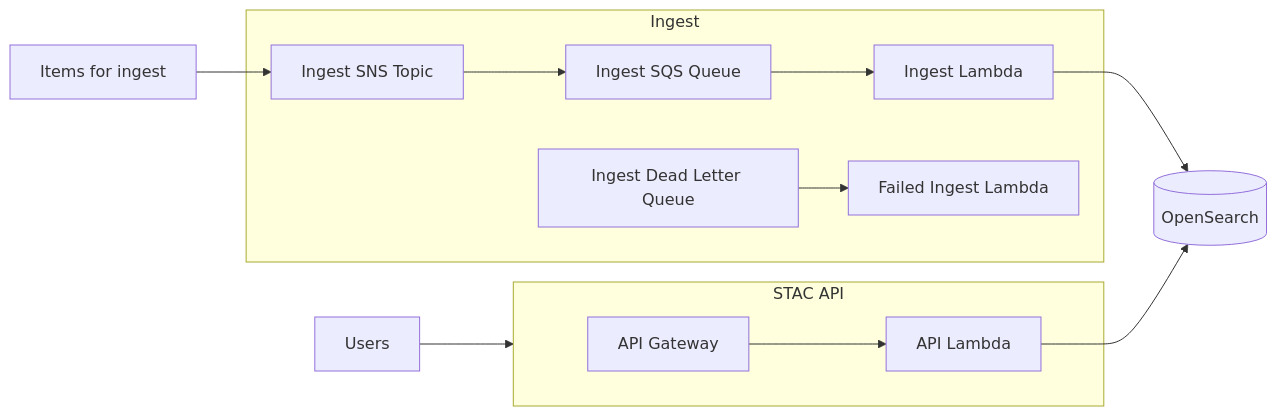
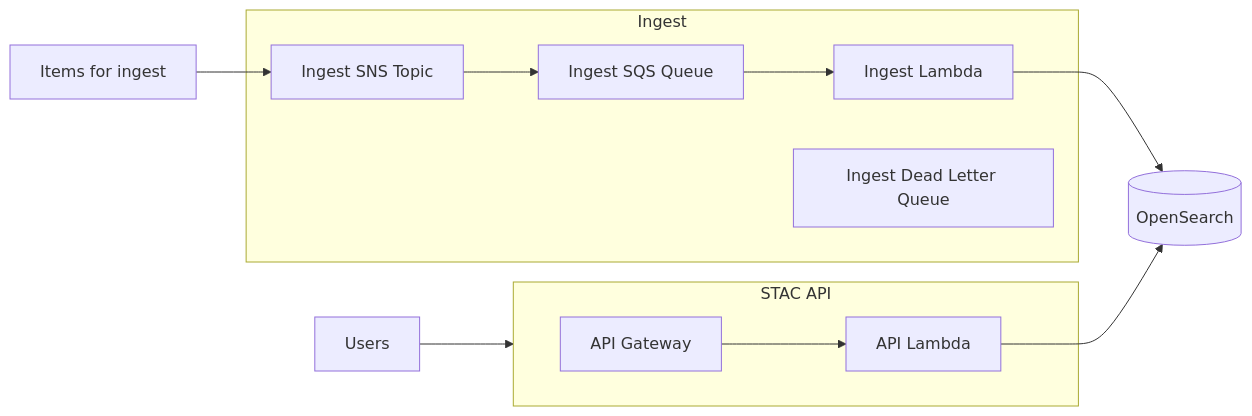
The first of 2 diagrams in README.md (stac-utils/stac-server), drawn with Mermaid before and after one commit. The commit also changed other lines of this file, not shown here.

Commit message:
Remove reference to no longer existent lambda from README
In release 0.4.1 the failed ingest lambda function was removed.

````diff
--- a/README.md
+++ b/README.md
@@ -84,39 +84,37 @@
 ```mermaid
 flowchart LR
 
 itemsForIngest[Items for ingest]
 
 subgraph ingest[Ingest]
   ingestSnsTopic[Ingest SNS Topic]
   ingestQueue[Ingest SQS Queue]
   ingestLambda[Ingest Lambda]
 
   ingestDeadLetterQueue[Ingest Dead Letter Queue]
-  failedIngestLambda[Failed Ingest Lambda]
 end
 
 users[Users]
 
 subgraph api[STAC API]
   apiGateway[API Gateway]
   apiLambda[API Lambda]
 end
 
 opensearch[(OpenSearch)]
 
 %% Ingest workflow
 
 itemsForIngest --> ingestSnsTopic
 ingestSnsTopic --> ingestQueue
 ingestQueue --> ingestLambda
 ingestLambda --> opensearch
 
-ingestDeadLetterQueue --> failedIngestLambda
 
 %% API workflow
 
 users --> api
 apiGateway --> apiLambda
 apiLambda --> opensearch
 
 ```
````
